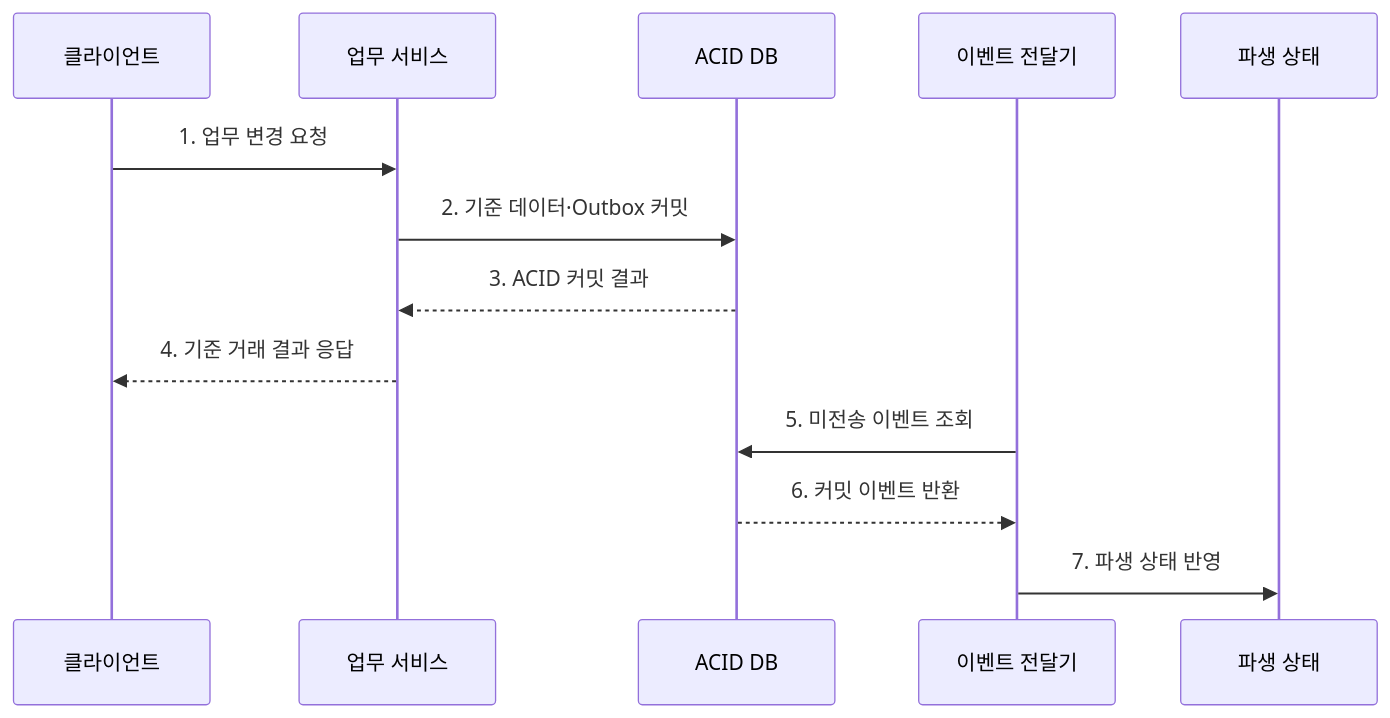
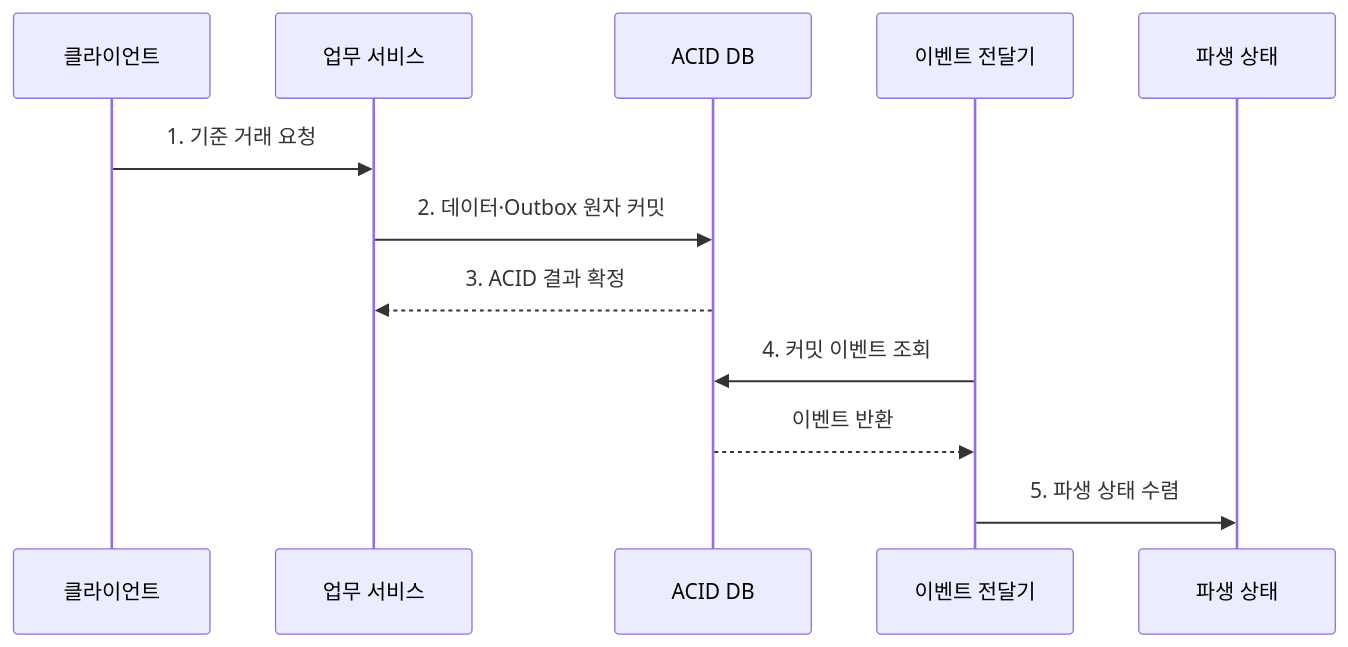
The second of 2 diagrams in src/content/docs/notes/03-software/104_base_vs_acid.md (agnusdei1207/knowledge-base), drawn with Mermaid before and after one commit. The commit also changed other lines of this file and 238 other files, not shown here.

````diff
--- a/src/content/docs/notes/03-software/104_base_vs_acid.md
+++ b/src/content/docs/notes/03-software/104_base_vs_acid.md
@@ -76,15 +76,14 @@
 ```mermaid
 sequenceDiagram
     participant C as 클라이언트
     participant S as 업무 서비스
     participant DB as ACID DB
     participant E as 이벤트 전달기
     participant V as 파생 상태
-    C->>S: 1. 업무 변경 요청
-    S->>DB: 2. 기준 데이터·Outbox 커밋
-    DB-->>S: 3. ACID 커밋 결과
-    S-->>C: 4. 기준 거래 결과 응답
-    E->>DB: 5. 미전송 이벤트 조회
-    DB-->>E: 6. 커밋 이벤트 반환
-    E->>V: 7. 파생 상태 반영
+    C->>S: 1. 기준 거래 요청
+    S->>DB: 2. 데이터·Outbox 원자 커밋
+    DB-->>S: 3. ACID 결과 확정
+    E->>DB: 4. 커밋 이벤트 조회
+    DB-->>E: 이벤트 반환
+    E->>V: 5. 파생 상태 수렴
 ```
````
